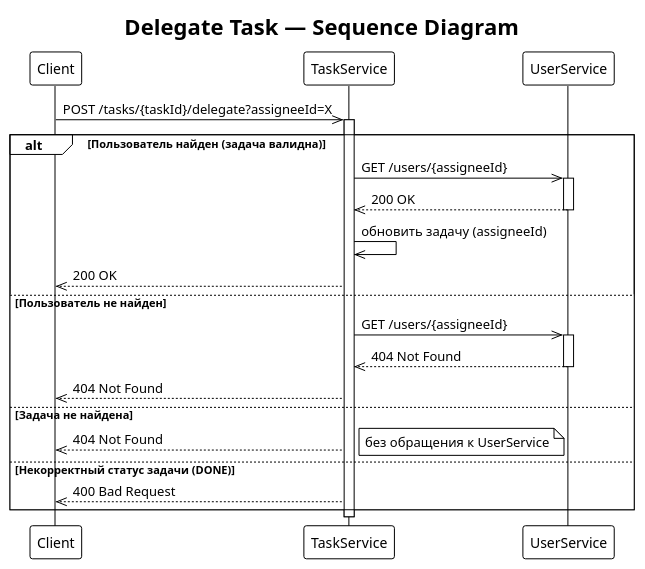
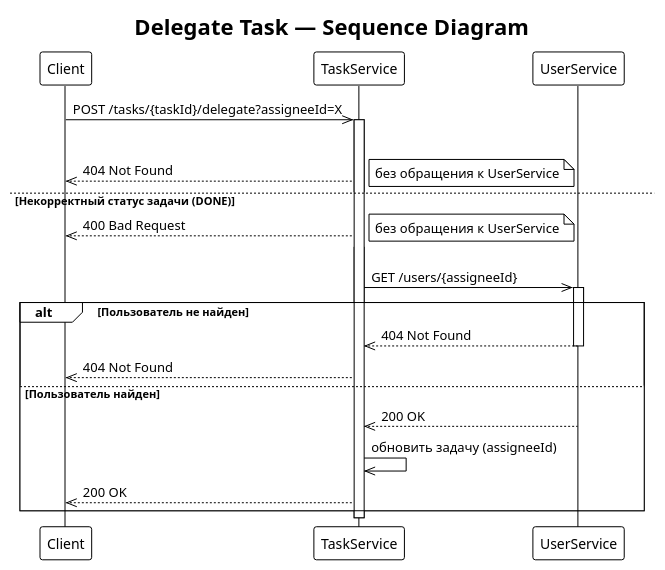
The diagram in docs/task-delegate-sequence.puml (AnastasiaSurzhikowa/task-tracker-monorepo), drawn with PlantUML before and after one commit. The commit also changed 1 other file, not shown here.

Commit message:
docs: restructure sequence diagram (happy path as main flow, alt only for error branches)

```diff
--- a/docs/task-delegate-sequence.puml
+++ b/docs/task-delegate-sequence.puml
@@ -1,39 +1,38 @@
 @startuml
 !theme plain
 
 title Delegate Task — Sequence Diagram
 
 participant "Client" as C
 participant "TaskService" as T
 participant "UserService" as U
 
 C ->> T: POST /tasks/{taskId}/delegate?assigneeId=X
 activate T
 
-alt Пользователь найден (задача валидна)
-  T ->> U: GET /users/{assigneeId}
-  activate U
-  U -->> T: 200 OK
-  deactivate U
-  T ->> T: обновить задачу (assigneeId)
-  T -->> C: 200 OK
-
-else Пользователь не найден
-  T ->> U: GET /users/{assigneeId}
-  activate U
-  U -->> T: 404 Not Found
-  deactivate U
-  T -->> C: 404 Not Found
-
-else Задача не найдена
+alt Задача не найдена
   T -->> C: 404 Not Found
   note right: без обращения к UserService
 
 else Некорректный статус задачи (DONE)
   T -->> C: 400 Bad Request
+  note right: без обращения к UserService
 
-end
+else Задача найдена и валидна
+  T ->> U: GET /users/{assigneeId}
+  activate U
+
+  alt Пользователь не найден
+    U -->> T: 404 Not Found
+    deactivate U
+    T -->> C: 404 Not Found
+  else Пользователь найден
+    U -->> T: 200 OK
+    deactivate U
+    T ->> T: обновить задачу (assigneeId)
+    T -->> C: 200 OK
+  end
 
 deactivate T
 
 @enduml
```
